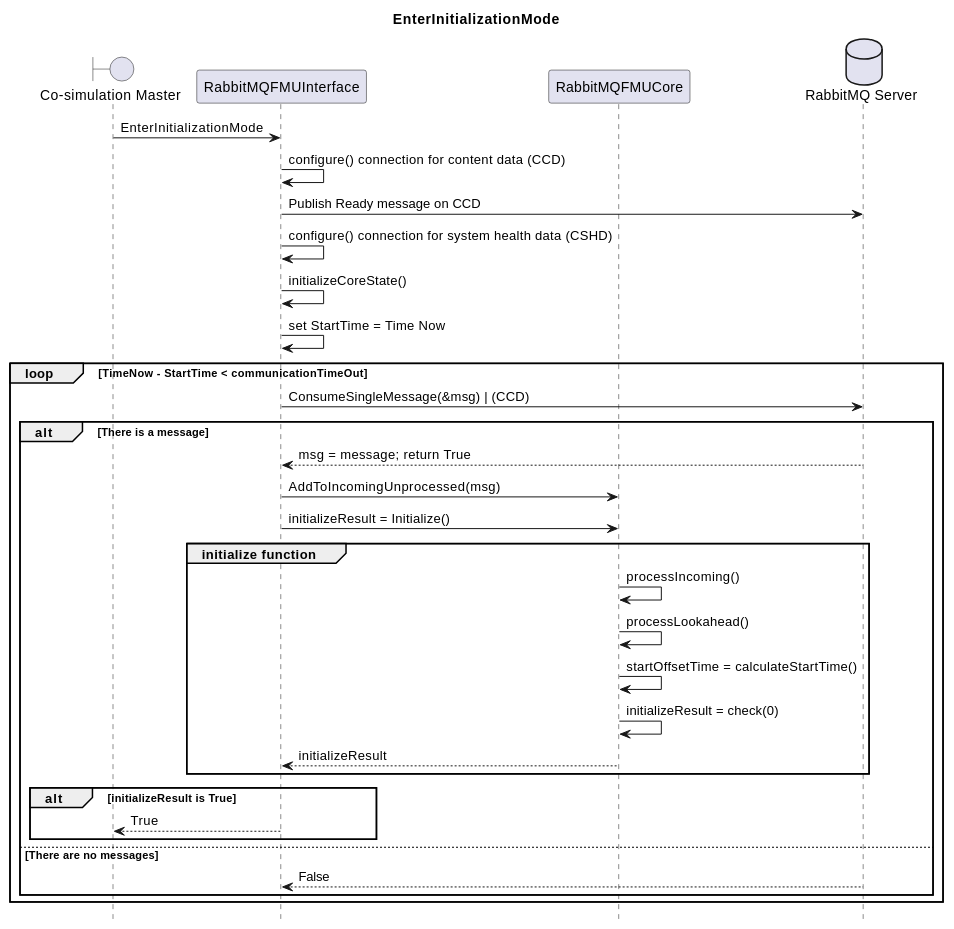
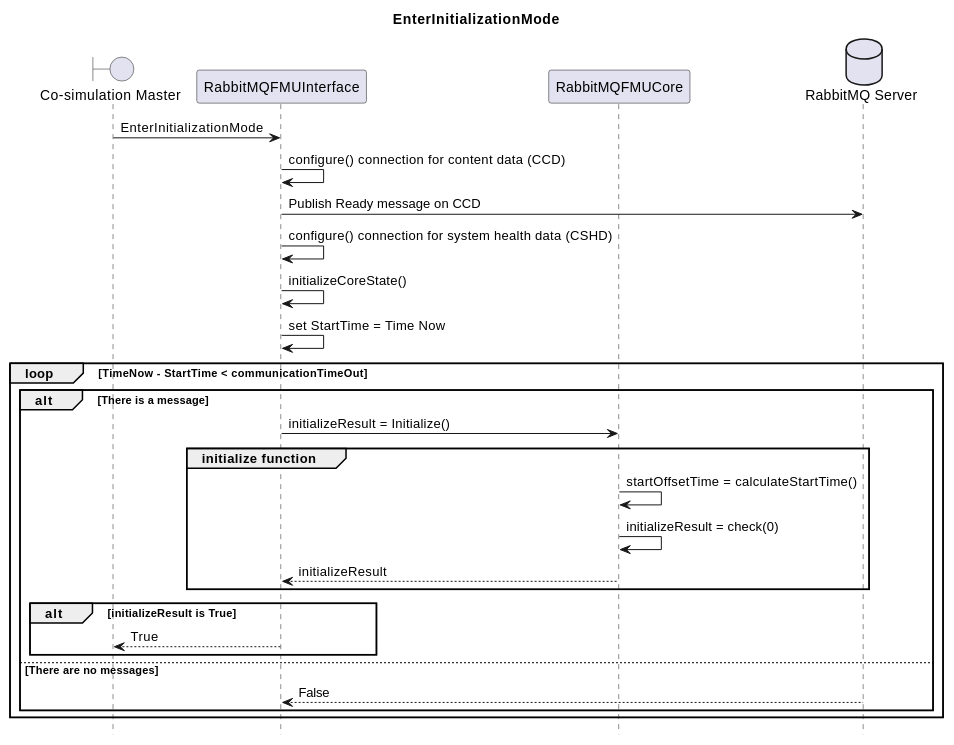
The first of 3 diagrams in docs/data-handling.rst (INTO-CPS-Association/fmu-rabbitmq), drawn with PlantUML before and after one commit. The commit also changed other lines of this file, not shown here.

```diff
--- a/docs/data-handling.rst
+++ b/docs/data-handling.rst
@@ -36,37 +36,32 @@
 .. uml::
 
     title EnterInitializationMode
     hide footbox
 
     boundary "Co-simulation Master" as Master
     participant RabbitMQFMUInterface as FMUI
     participant RabbitMQFMUCore as FMUC
     database "RabbitMQ Server" as server
 
 
     Master -> FMUI: EnterInitializationMode
     FMUI -> FMUI: configure() connection for content data (CCD)
     FMUI -> server: Publish Ready message on CCD
     FMUI -> FMUI: configure() connection for system health data (CSHD)
     FMUI -> FMUI: initializeCoreState()
     FMUI -> FMUI: set StartTime = Time Now
         loop TimeNow - StartTime < communicationTimeOut
-            FMUI -> server: ConsumeSingleMessage(&msg) | (CCD)
             alt There is a message
-                server --> FMUI: msg = message; return True
-                FMUI -> FMUC: AddToIncomingUnprocessed(msg)
                 FMUI -> FMUC: initializeResult = Initialize()
                 group initialize function
-                    FMUC -> FMUC: processIncoming()
-                    FMUC -> FMUC: processLookahead()
                     FMUC -> FMUC: startOffsetTime = calculateStartTime()
                     FMUC -> FMUC: initializeResult = check(0)
                     FMUC --> FMUI: initializeResult
                 end
                 alt initializeResult is True
                     FMUI --> Master: True
                 end
             else There are no messages
                 server --> FMUI: False
             end
         end
```
